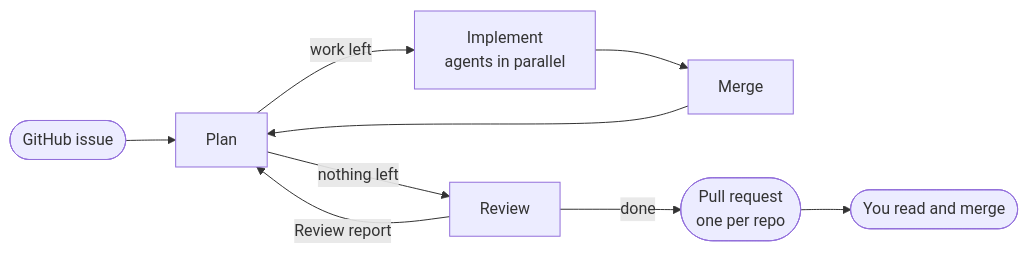
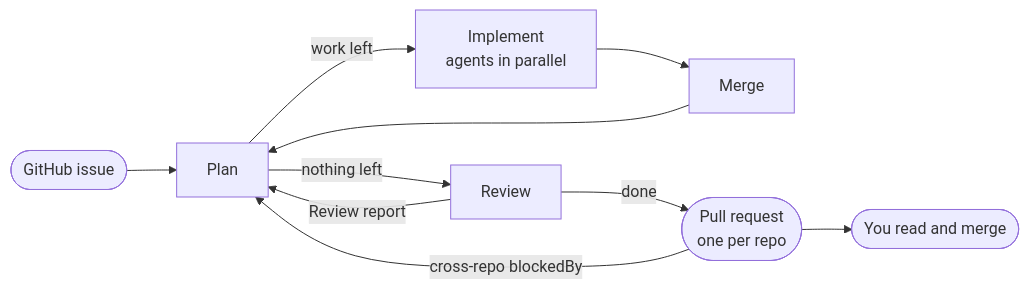
Before and after one commit to dredodin/sandcastle-factory: the first of 2 diagrams in README.md, drawn with Mermaid. The commit also changed other lines of this file and 19 other files, not shown here.

````diff
--- a/README.md
+++ b/README.md
@@ -80,11 +80,12 @@
 ```mermaid
 flowchart LR
     issue([GitHub issue]) --> plan[Plan]
     plan -- work left --> impl[Implement<br/>agents in parallel]
     impl --> merge[Merge]
     merge --> plan
     plan -- nothing left --> review[Review]
     review -- Review report --> plan
     review -- done --> pr([Pull request<br/>one per repo])
+    pr -- cross-repo blockedBy --> plan
     pr --> you([You read and merge])
 ```
````
